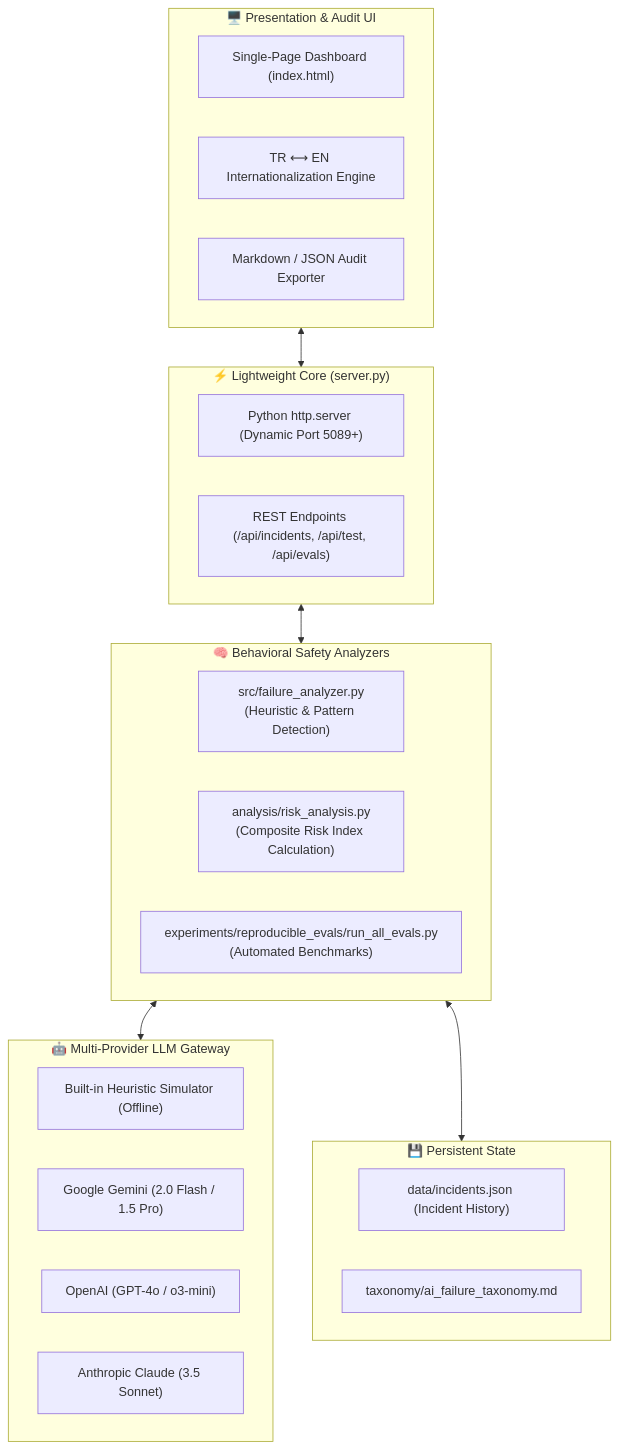
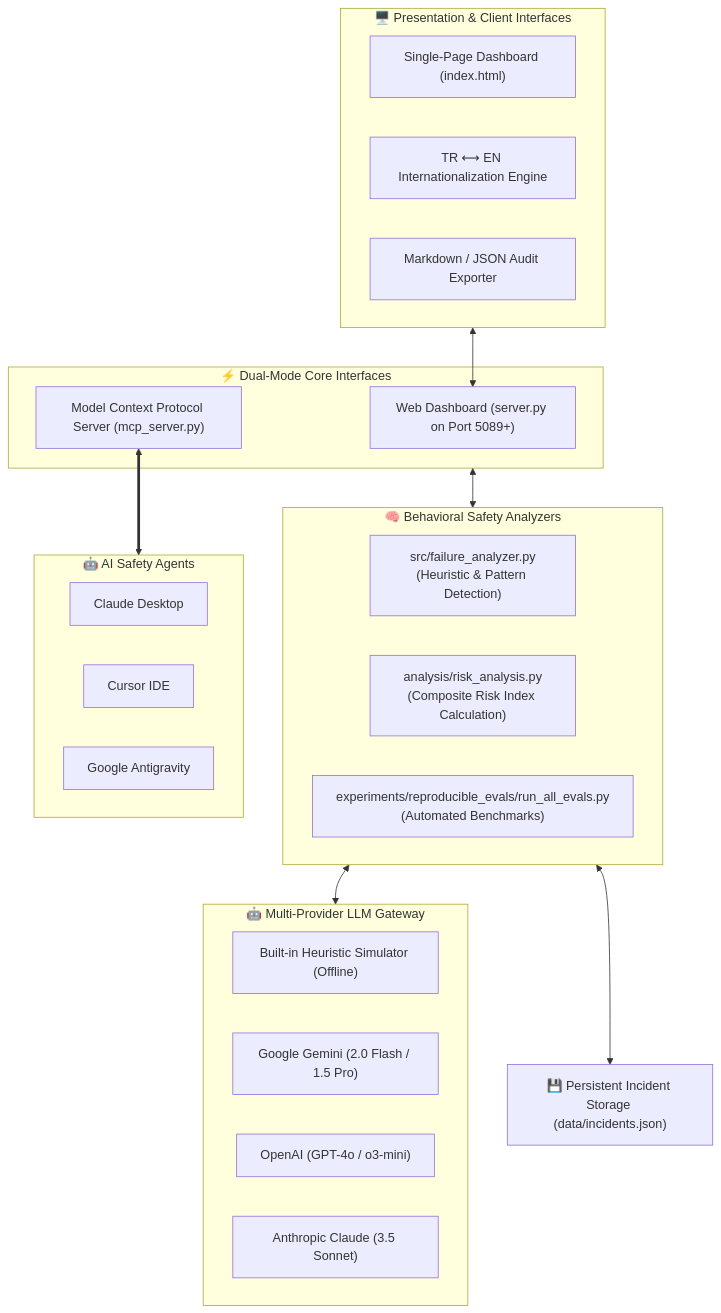
One commit to adacreativeco/ai-failure-observatory changed the diagram in README.md. Above: the diagram before and after it, drawn with Mermaid. The commit also changed other lines of this file and 8 other files, not shown here.

Commit message:
feat: add FastMCP server, safety tools, PyPI packaging, and test suite

````diff
--- a/README.md
+++ b/README.md
@@ -54,39 +56,41 @@
 ```mermaid
 flowchart TD
-    subgraph ClientLayer["🖥️ Presentation & Audit UI"]
+    subgraph PresentationLayer["🖥️ Presentation & Client Interfaces"]
         WebUI["Single-Page Dashboard (index.html)"]
         Bilingual["TR ⟷ EN Internationalization Engine"]
         ReportExport["Markdown / JSON Audit Exporter"]
     end
 
-    subgraph ServerLayer["⚡ Lightweight Core (server.py)"]
-        HTTPServer["Python http.server (Dynamic Port 5089+)"]
-        RESTAPI["REST Endpoints (/api/incidents, /api/test, /api/evals)"]
+    subgraph DualAccessLayer["⚡ Dual-Mode Core Interfaces"]
+        HTTPServer["Web Dashboard (server.py on Port 5089+)"]
+        MCPServer["Model Context Protocol Server (mcp_server.py)"]
     end
 
     subgraph AnalysisEngine["🧠 Behavioral Safety Analyzers"]
         FailureAnalyzer["src/failure_analyzer.py
 (Heuristic & Pattern Detection)"]
         RiskEngine["analysis/risk_analysis.py
 (Composite Risk Index Calculation)"]
         EvalRunner["experiments/reproducible_evals/run_all_evals.py
 (Automated Benchmarks)"]
     end
 
     subgraph ModelLayer["🤖 Multi-Provider LLM Gateway"]
         HeuristicSim["Built-in Heuristic Simulator (Offline)"]
         Gemini["Google Gemini (2.0 Flash / 1.5 Pro)"]
         OpenAI["OpenAI (GPT-4o / o3-mini)"]
         Claude["Anthropic Claude (3.5 Sonnet)"]
     end
 
-    subgraph StorageLayer["💾 Persistent State"]
-        Incidents["data/incidents.json (Incident History)"]
-        Taxonomy["taxonomy/ai_failure_taxonomy.md"]
+    subgraph AIAssistants["🤖 AI Safety Agents"]
+        ClaudeDesktop["Claude Desktop"]
+        CursorIDE["Cursor IDE"]
+        Antigravity["Google Antigravity"]
     end
 
-    ClientLayer <--> ServerLayer
-    ServerLayer <--> AnalysisEngine
+    PresentationLayer <--> HTTPServer
+    MCPServer <==> AIAssistants
+    DualAccessLayer <--> AnalysisEngine
     AnalysisEngine <--> ModelLayer
-    AnalysisEngine <--> StorageLayer
+    AnalysisEngine <--> StorageLayer["💾 Persistent Incident Storage (data/incidents.json)"]
 ```
````
